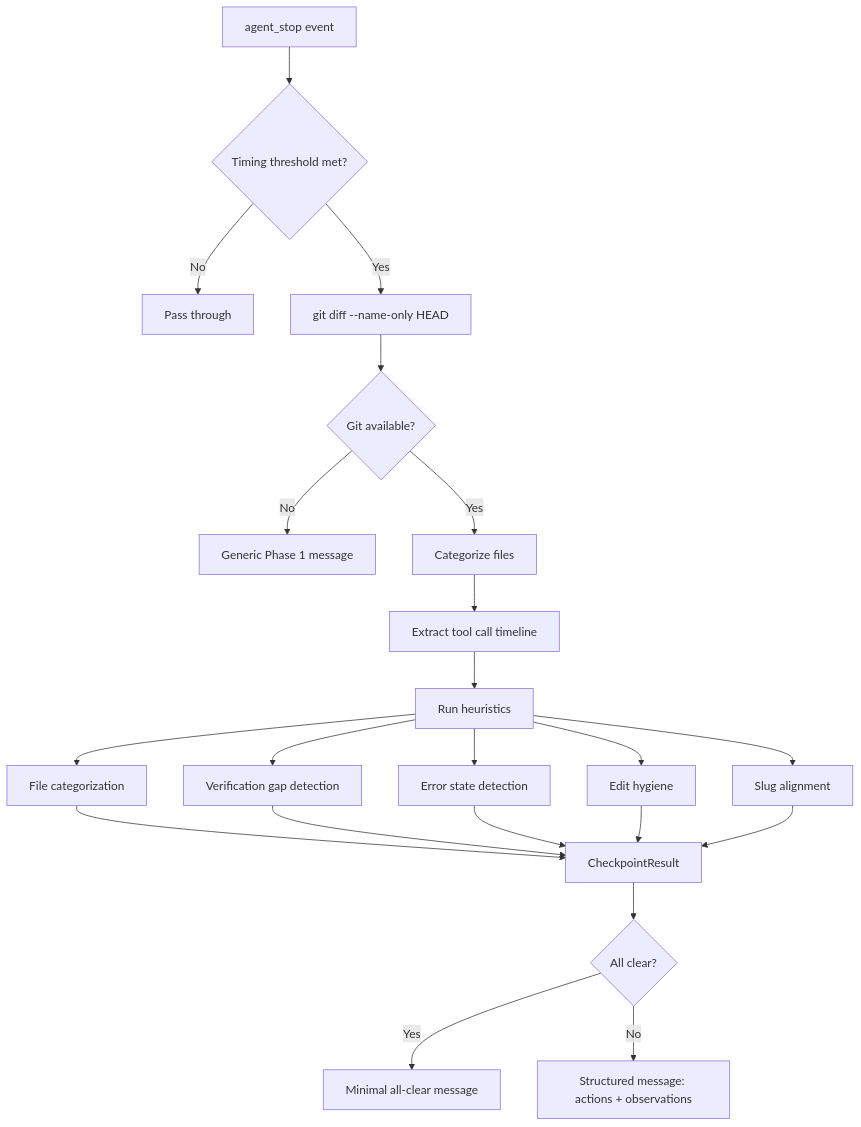
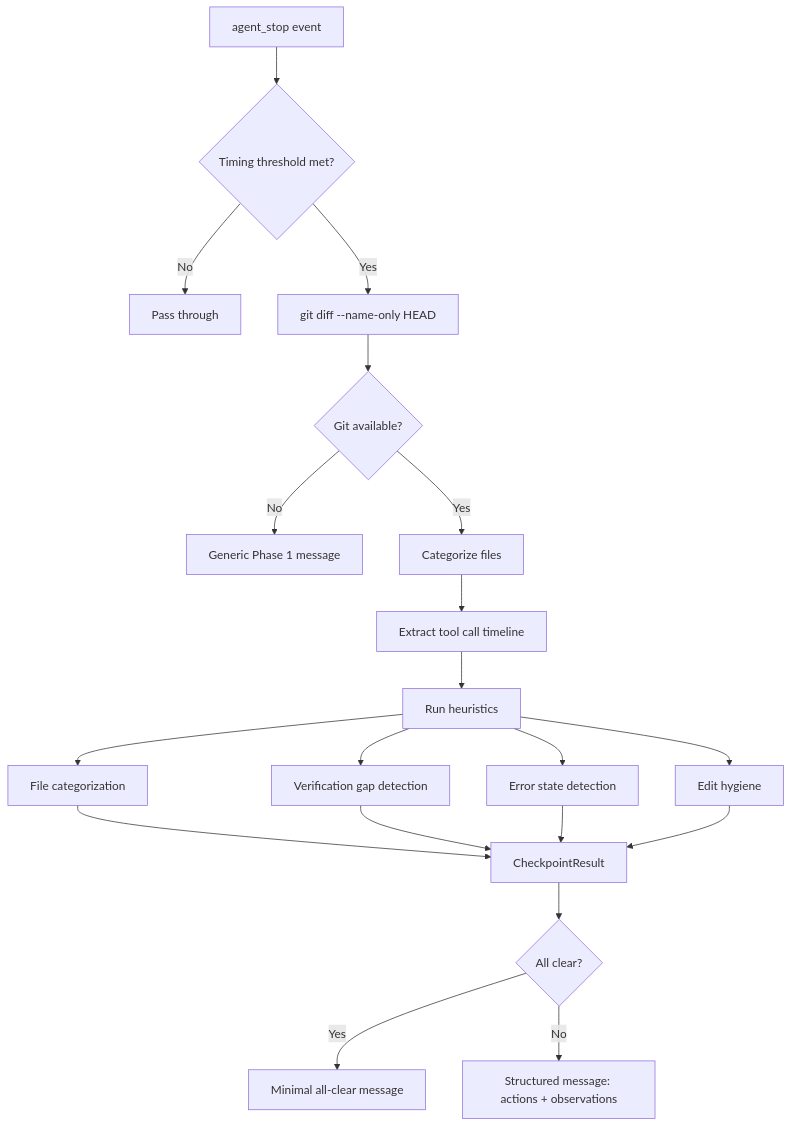
Before and after one commit to InstruktAI/TeleClaude: the first of 5 diagrams in docs/project/design/architecture/checkpoint-system.md, drawn with Mermaid. The commit also changed other lines of this file and 5 other files, not shown here.

````diff
--- a/docs/project/design/architecture/checkpoint-system.md
+++ b/docs/project/design/architecture/checkpoint-system.md
@@ -108,27 +116,25 @@
 ```mermaid
 flowchart TD
     A[agent_stop event] --> B{Timing threshold met?}
     B -->|No| Z[Pass through]
     B -->|Yes| C[git diff --name-only HEAD]
     C --> D{Git available?}
     D -->|No| G1[Generic Phase 1 message]
     D -->|Yes| E[Categorize files]
     E --> F[Extract tool call timeline]
     F --> H[Run heuristics]
 
     H --> H1[File categorization]
     H --> H2[Verification gap detection]
     H --> H3[Error state detection]
     H --> H4[Edit hygiene]
-    H --> H5[Slug alignment]
 
     H1 --> I[CheckpointResult]
     H2 --> I
     H3 --> I
     H4 --> I
-    H5 --> I
 
     I --> J{All clear?}
     J -->|Yes| K[Minimal all-clear message]
     J -->|No| L[Structured message: actions + observations]
 ```
````
